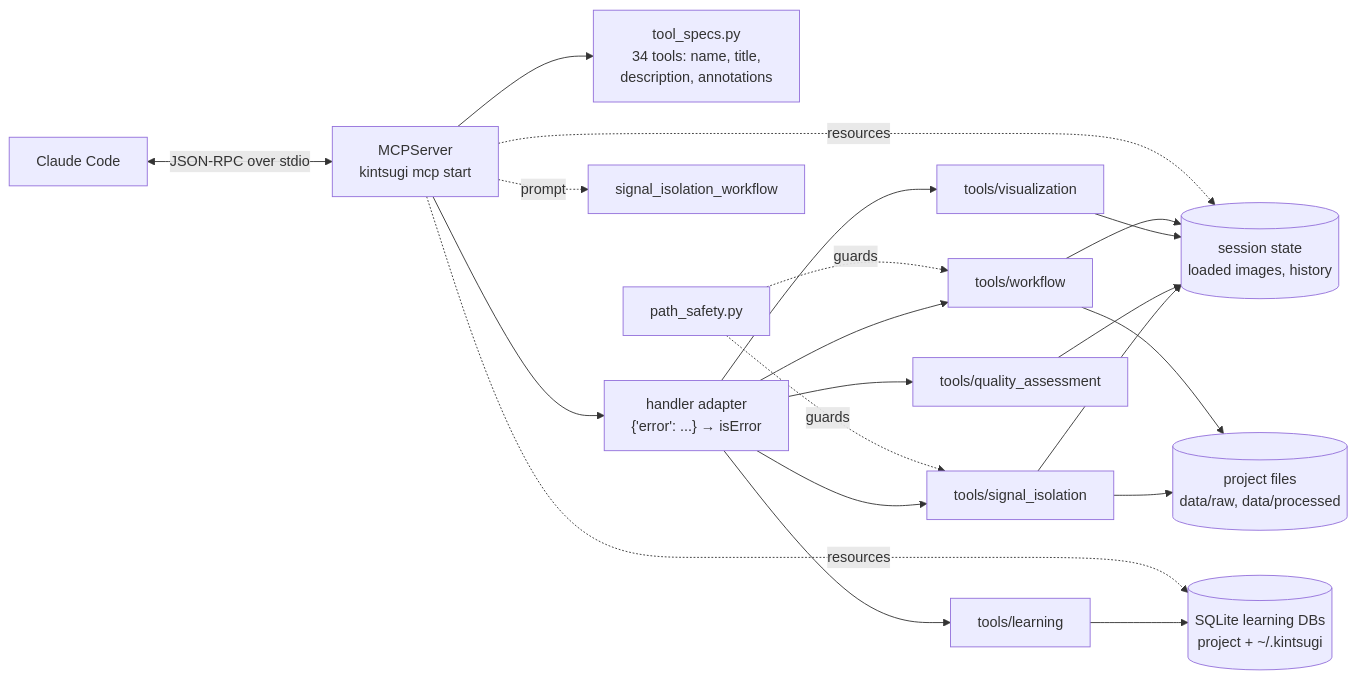
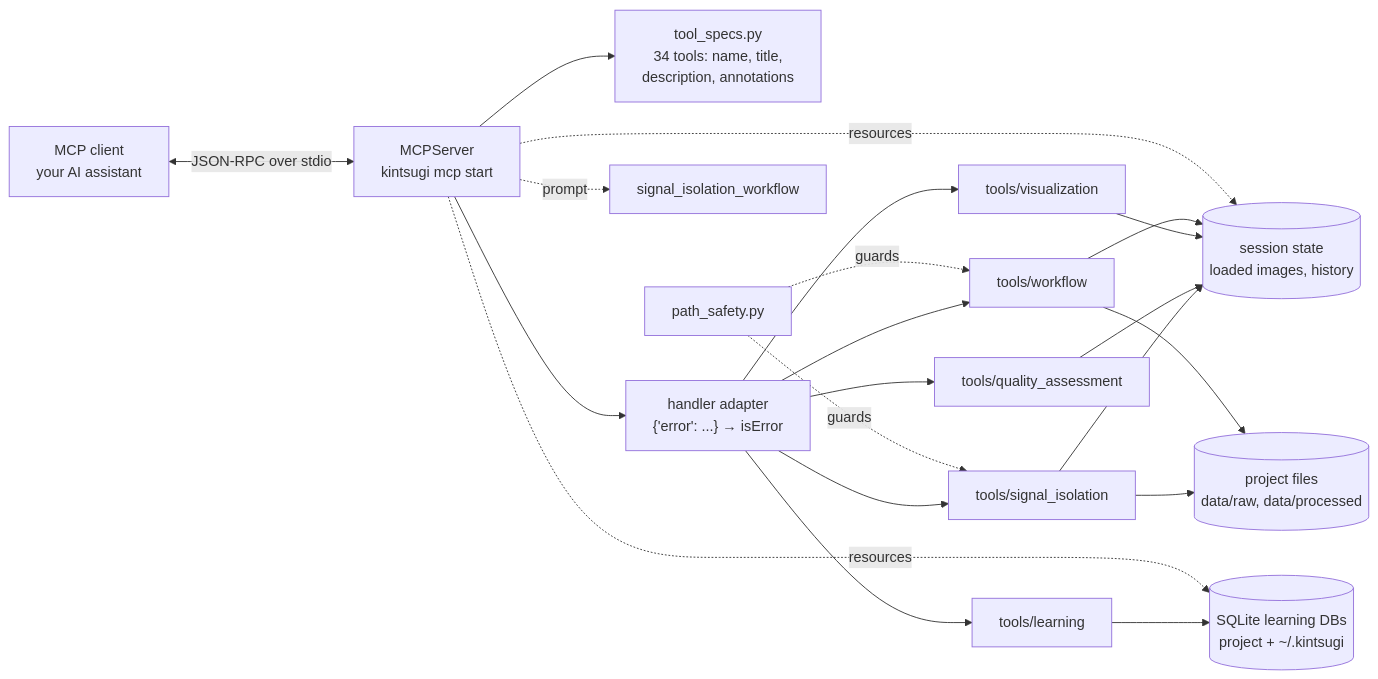
One commit to smith6jt-cop/KINTSUGI changed the diagram in docs/mcp.md. Above: the diagram before and after it, drawn with Mermaid. The commit also changed other lines of this file and 27 other files, not shown here.

````diff
--- a/docs/mcp.md
+++ b/docs/mcp.md
@@ -133,18 +199,18 @@
 ```mermaid
 flowchart LR
-    CC[Claude Code] <-- "JSON-RPC over stdio" --> S[MCPServer<br/>kintsugi mcp start]
+    CC[MCP client<br/>your AI assistant] <-- "JSON-RPC over stdio" --> S[MCPServer<br/>kintsugi mcp start]
     S --> R[tool_specs.py<br/>34 tools: name, title,<br/>description, annotations]
     S --> ADP["handler adapter<br/>{'error': ...} → isError"]
     ADP --> T1[tools/signal_isolation]
     ADP --> T2[tools/quality_assessment]
     ADP --> T3[tools/visualization]
     ADP --> T4[tools/workflow]
     ADP --> T5[tools/learning]
     T1 & T2 & T3 & T4 --> SS[(session state<br/>loaded images, history)]
     T5 --> DB[(SQLite learning DBs<br/>project + ~/.kintsugi)]
     T1 & T4 --> FS[(project files<br/>data/raw, data/processed)]
     S -. resources .-> SS
     S -. resources .-> DB
     S -. prompt .-> P[signal_isolation_workflow]
     PS[path_safety.py] -.guards.-> T1 & T4
 ```
````
